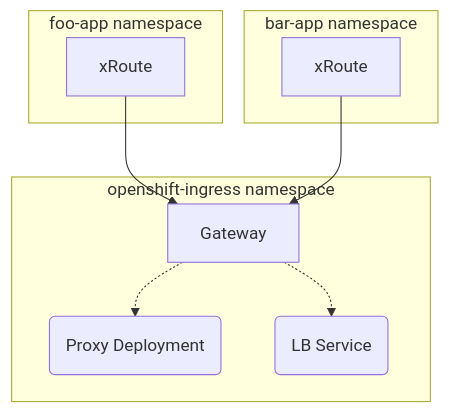
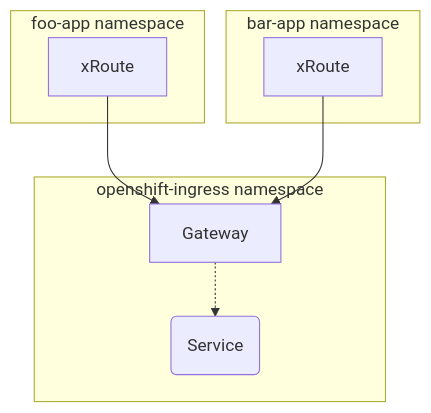
The first of 3 diagrams in enhancements/ingress/gateway-api-with-cluster-ingress-operator.md (openshift/enhancements), drawn with Mermaid before and after one commit. The commit also changed other lines of this file, not shown here.

Commit message:
docs: update the gateway topology sections in gwapi ep

````diff
--- a/enhancements/ingress/gateway-api-with-cluster-ingress-operator.md
+++ b/enhancements/ingress/gateway-api-with-cluster-ingress-operator.md
@@ -654,18 +656,16 @@
 ```mermaid
 flowchart TD
     subgraph foo-app namespace
         xRoute
     end
     subgraph bar-app namespace
         xRoute2
     end
     subgraph openshift-ingress namespace
         Gateway
-        ProxyDeployment
-        LBService
+        Service
     end
-    Gateway[Gateway] -.-> ProxyDeployment(Proxy Deployment)
-    Gateway[Gateway] -.-> LBService(LB Service)
+    Gateway[Gateway] -.-> Service(Service)
     xRoute[xRoute] --> Gateway[Gateway]
     xRoute2[xRoute] --> Gateway[Gateway]
 ```
````
